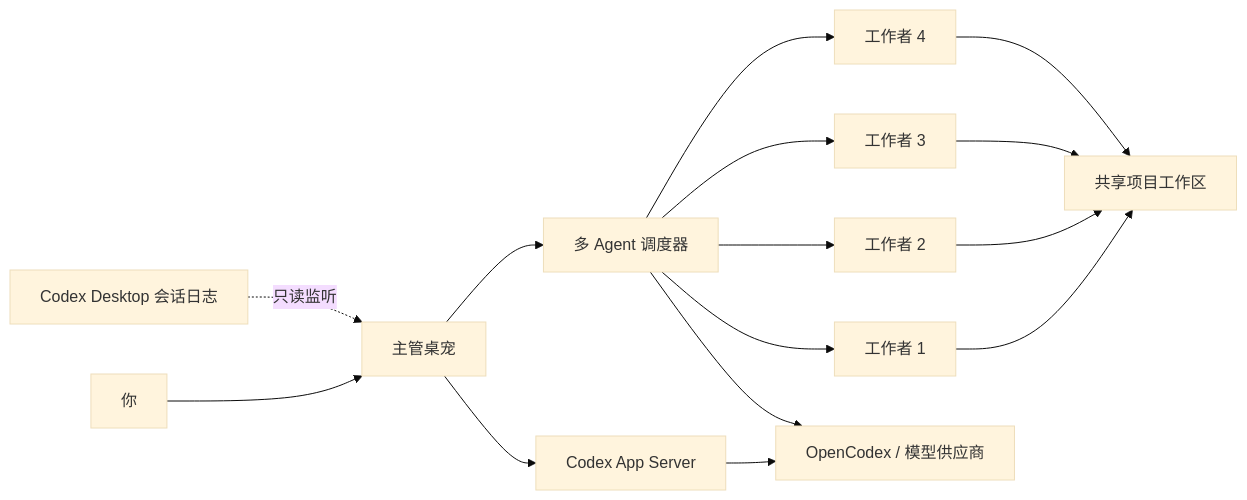
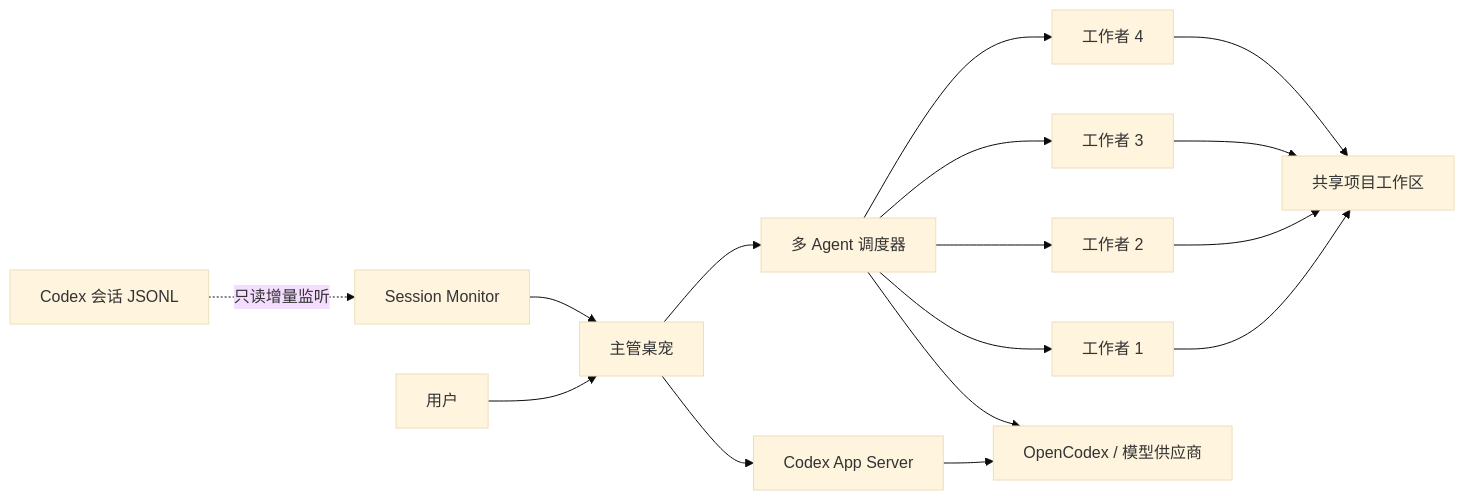
Before and after one commit to Gu-kai-lei/Open-Pet-Office: the diagram in README.md, drawn with Mermaid (base theme). The commit also changed other lines of this file and 2 other files, not shown here.

````diff
--- a/README.md
+++ b/README.md
@@ -90,13 +182,14 @@
 ```mermaid
 flowchart LR
-    U[你] --> P[主管桌宠]
+    U[用户] --> P[主管桌宠]
     P --> A[Codex App Server]
     P --> D[多 Agent 调度器]
     D --> W1[工作者 1]
     D --> W2[工作者 2]
     D --> W3[工作者 3]
     D --> W4[工作者 4]
     W1 & W2 & W3 & W4 --> S[共享项目工作区]
-    C[Codex Desktop 会话日志] -. 只读监听 .-> P
+    C[Codex 会话 JSONL] -. 只读增量监听 .-> M[Session Monitor]
+    M --> P
     A & D --> O[OpenCodex / 模型供应商]
 ```
````
